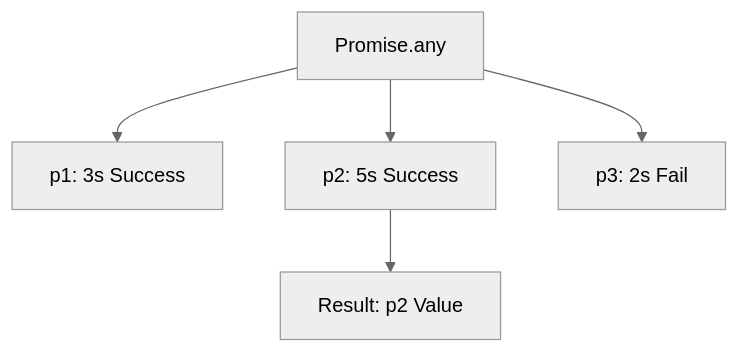
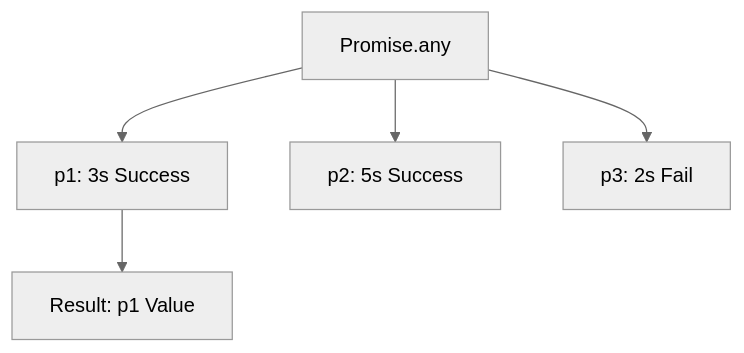
Before and after one commit to atrikshah-in/javascript-foundations: the fourth of 4 diagrams in 010-promiseApis-async-await.md, drawn with Mermaid (neutral theme). The commit also changed 2 other files, not shown here.

Commit message:
010 - Promise APIs and async-await 011 - Error Handling, Memory Leaks, Garbage Collection & JS Engine Architecture 012 - Week-2 Revision

````diff
--- a/010-promiseApis-async-await.md
+++ b/010-promiseApis-async-await.md
@@ -176,7 +176,7 @@
 ```mermaid
 graph TD
     A[Promise.any] --> B[p1: 3s Success]
     A --> C[p2: 5s Success]
     A --> D[p3: 2s Fail]
-    C --> E["Result: p2 Value"]
+    B --> E["Result: p1 Value"]
 ```
````
